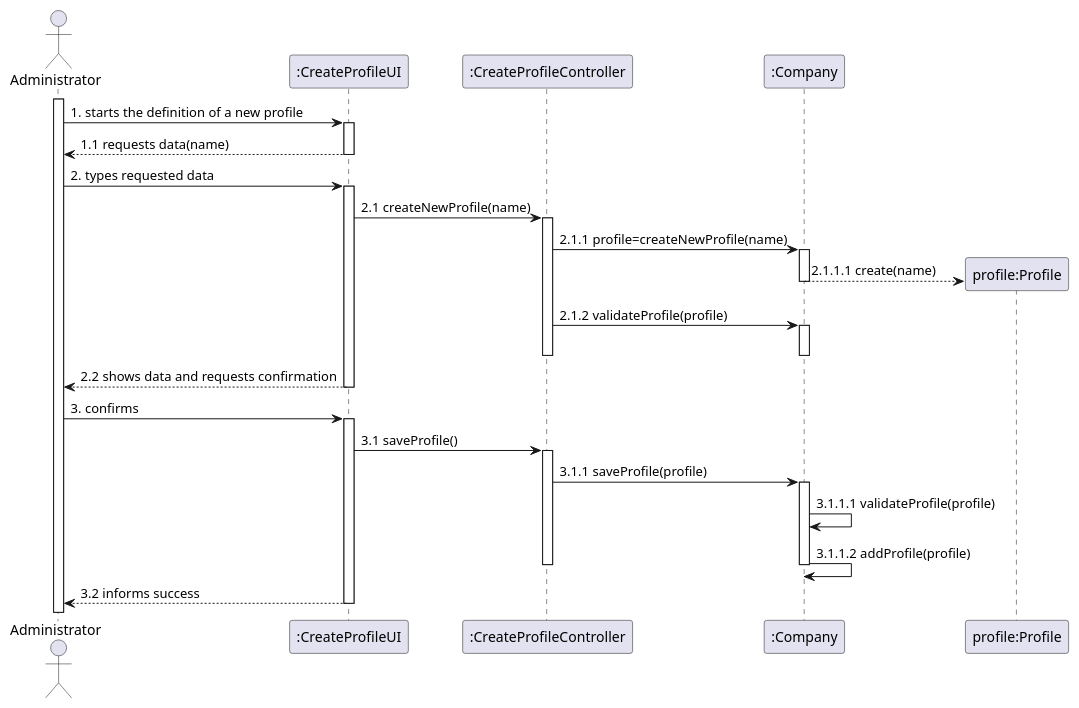
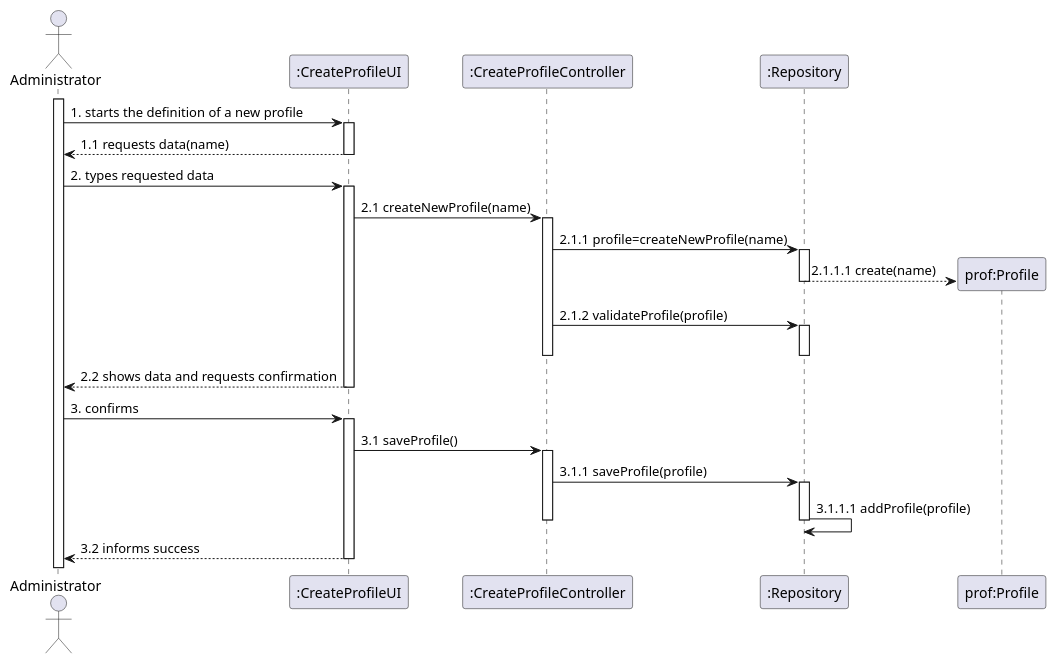
One commit to Loracline/project_switch_22-23 changed the diagram in docs/modelling_design/user_stories/us001/US001_Sequence_Diagram.puml. Above: the diagram before and after it, drawn with PlantUML. The commit also changed 1 other file, not shown here.

Commit message:
US001: Design : Refinement of sequence diagram and class diagram - change of nomenclatures (Use Case: to create a profile)

```diff
--- a/docs/modelling_design/user_stories/us001/US001_Sequence_Diagram.puml
+++ b/docs/modelling_design/user_stories/us001/US001_Sequence_Diagram.puml
@@ -1,58 +1,57 @@
 @startuml
 
 actor Administrator
 participant ":CreateProfileUI" as cpu
 participant ":CreateProfileController" as cpc
-participant ":Company" as Company
-participant "profile:Profile" as Profile
+participant ":Repository" as Repository
+participant "prof:Profile" as Profile
 activate Administrator
 Administrator -> cpu: 1. starts the definition of a new profile
 activate cpu
 cpu --> Administrator: 1.1 requests data(name)
 deactivate cpu
 Administrator -> cpu: 2. types requested data
 activate cpu
 cpu -> cpc: 2.1 createNewProfile(name)
 activate cpc
-cpc -> Company: 2.1.1 profile=createNewProfile(name)
-activate Company
+cpc -> Repository: 2.1.1 profile=createNewProfile(name)
+activate Repository
 create Profile
-Company --> Profile: 2.1.1.1 create(name)
-deactivate Company
-cpc -> Company: 2.1.2 validateProfile(profile)
-activate Company
+Repository --> Profile: 2.1.1.1 create(name)
+deactivate Repository
+cpc -> Repository: 2.1.2 validateProfile(profile)
+activate Repository
 deactivate cpc
-deactivate Company
+deactivate Repository
 cpu --> Administrator: 2.2 shows data and requests confirmation
 
 deactivate cpu
 Administrator -> cpu: 3. confirms
 activate cpu
 cpu -> cpc: 3.1 saveProfile()
 activate cpc
-cpc -> Company: 3.1.1 saveProfile(profile)
-activate Company
-Company -> Company: 3.1.1.1 validateProfile(profile)
-Company -> Company: 3.1.1.2 addProfile(profile)
-deactivate Company
+cpc -> Repository: 3.1.1 saveProfile(profile)
+activate Repository
+Repository -> Repository: 3.1.1.1 addProfile(profile)
+deactivate Repository
 deactivate cpc
 cpu --> Administrator: 3.2 informs success
 deactivate cpu
 
 
 /'
 actor Administrator as Admin
 participant ":Controller" as Cont
 participant ":Company" as Comp
 participant "prof:Profile" as Prof
 
 activate Cont
 Admin -> Cont: 1. createNewProfile(profileName)
 Cont -> Comp: 1.1 prof = createProfile(profileName)
 activate Comp
 create Prof
 Comp --> Prof: 1.1.1 createProfile(profileName)
 Comp -> Comp: 1.1.2 validateProfile(profileName)
 Comp -> Comp: 1.1.3 addProfile(profileName)
 '/
 @enduml
```
